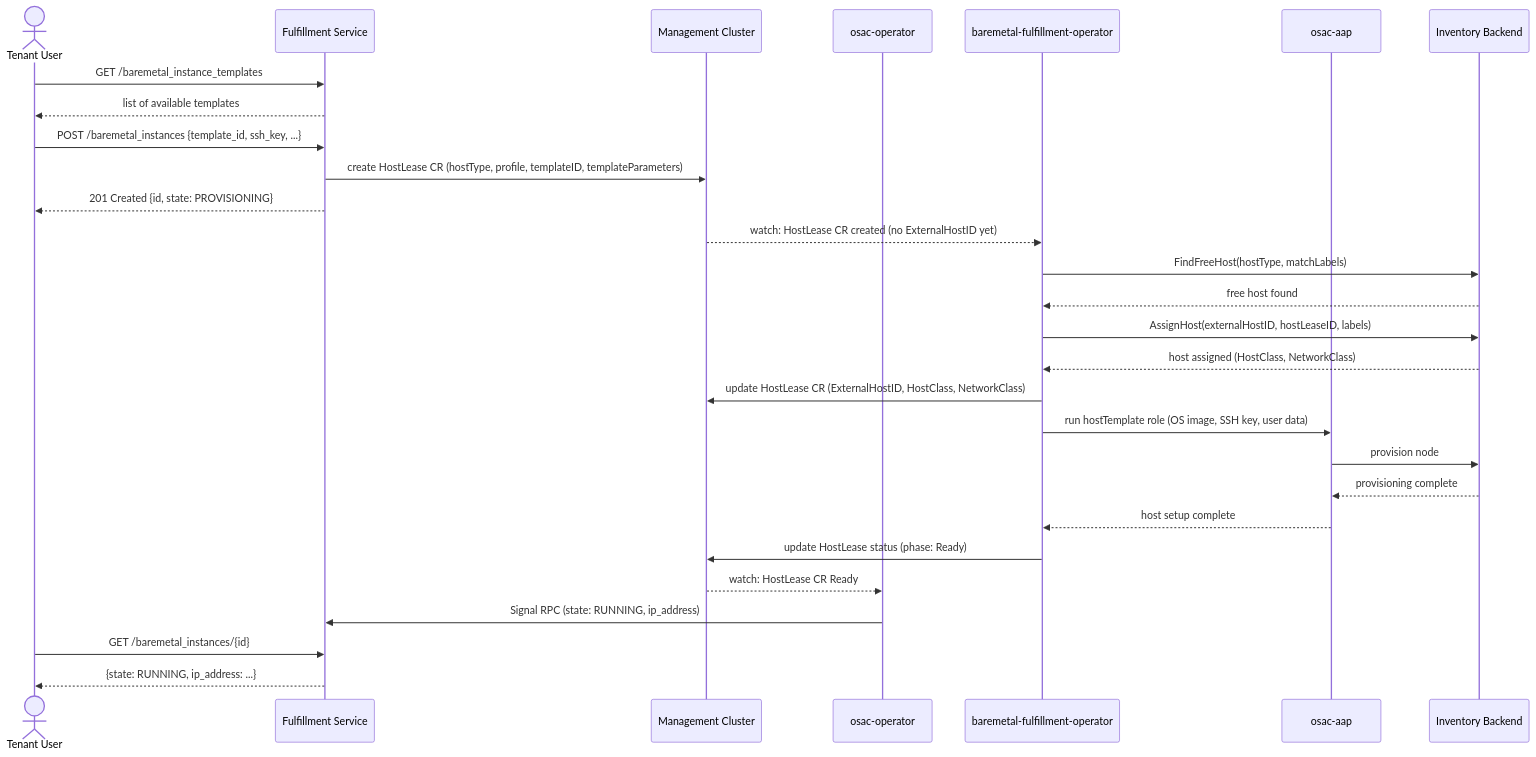
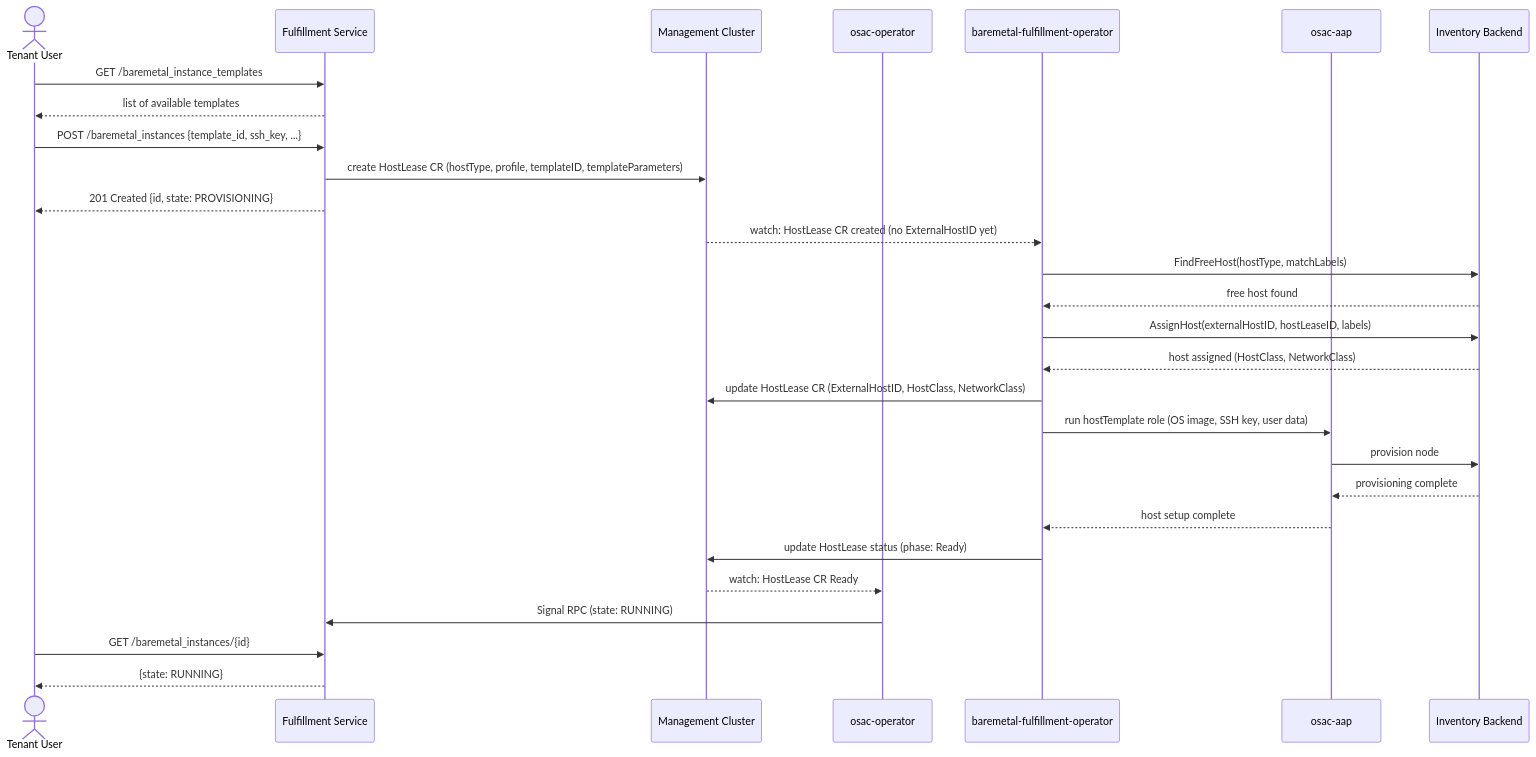
The diagram in enhancements/baremetal-instance-api/README.md (osac-project/enhancement-proposals), drawn with Mermaid before and after one commit. The commit also changed other lines of this file, not shown here.

First line of the commit message:
OSAC-1118: address carbonin review comments

````diff
--- a/enhancements/baremetal-instance-api/README.md
+++ b/enhancements/baremetal-instance-api/README.md
@@ -117,35 +116,35 @@
 ```mermaid
 sequenceDiagram
     actor TU as Tenant User
     participant FS as Fulfillment Service
     participant MC as Management Cluster
     participant OP as osac-operator
     participant BMF as baremetal-fulfillment-operator
     participant AAP as osac-aap
     participant INV as Inventory Backend
 
     TU->>FS: GET /baremetal_instance_templates
     FS-->>TU: list of available templates
 
     TU->>FS: POST /baremetal_instances {template_id, ssh_key, ...}
     FS->>MC: create HostLease CR (hostType, profile, templateID, templateParameters)
     FS-->>TU: 201 Created {id, state: PROVISIONING}
 
     MC-->>BMF: watch: HostLease CR created (no ExternalHostID yet)
     BMF->>INV: FindFreeHost(hostType, matchLabels)
     INV-->>BMF: free host found
     BMF->>INV: AssignHost(externalHostID, hostLeaseID, labels)
     INV-->>BMF: host assigned (HostClass, NetworkClass)
     BMF->>MC: update HostLease CR (ExternalHostID, HostClass, NetworkClass)
     BMF->>AAP: run hostTemplate role (OS image, SSH key, user data)
     AAP->>INV: provision node
     INV-->>AAP: provisioning complete
     AAP-->>BMF: host setup complete
     BMF->>MC: update HostLease status (phase: Ready)
 
     MC-->>OP: watch: HostLease CR Ready
-    OP->>FS: Signal RPC (state: RUNNING, ip_address)
+    OP->>FS: Signal RPC (state: RUNNING)
 
     TU->>FS: GET /baremetal_instances/{id}
-    FS-->>TU: {state: RUNNING, ip_address: ...}
+    FS-->>TU: {state: RUNNING}
 ```
````
